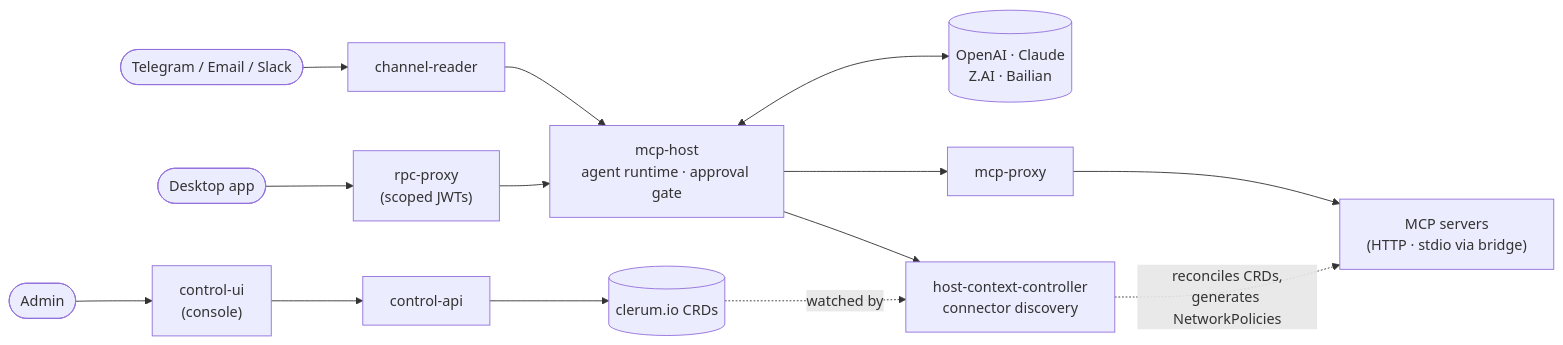
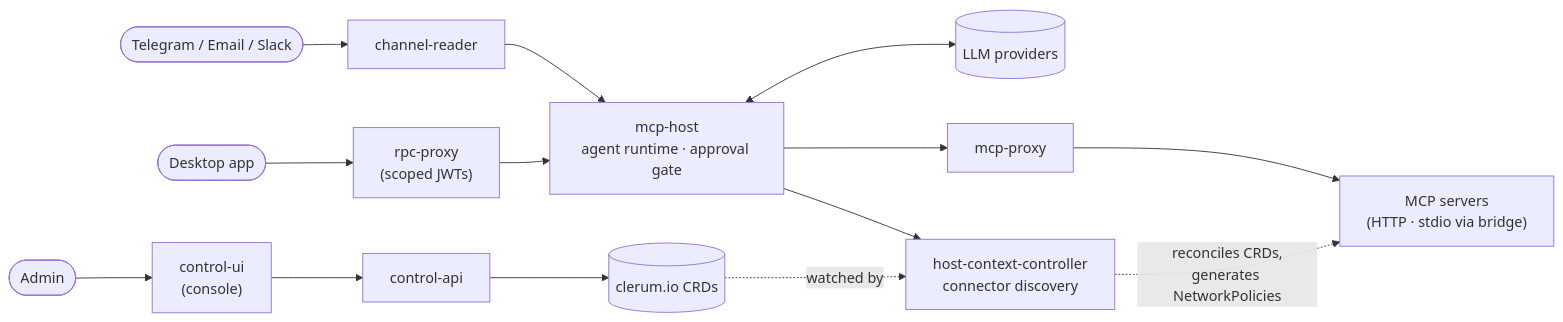
One commit to evenfire-ai/evenfire changed the second of 2 diagrams in README.md. Above: the diagram before and after it, drawn with Mermaid. The commit also changed other lines of this file, not shown here.

First line of the commit message:
docs: generalize LLM-provider messaging in README

````diff
--- a/README.md
+++ b/README.md
@@ -198,14 +198,14 @@
 ```mermaid
 flowchart LR
     TG([Telegram / Email / Slack]) --> CR[channel-reader]
     DA([Desktop app]) --> RP["rpc-proxy<br/>(scoped JWTs)"]
     ADM([Admin]) --> CU["control-ui<br/>(console)"] --> CAPI["control-api"]
     CAPI --> CRDS[("clerum.io CRDs")]
     CR --> MH["mcp-host<br/>agent runtime · approval gate"]
     RP --> MH
-    MH <--> LLM[("OpenAI · Claude<br/>Z.AI · Bailian")]
+    MH <--> LLM[("LLM providers")]
     MH --> HCC["host-context-controller<br/>connector discovery"]
     MH --> MP[mcp-proxy] --> MCP["MCP servers<br/>(HTTP · stdio via bridge)"]
     CRDS -.watched by.-> HCC
     HCC -. "reconciles CRDs,<br/>generates NetworkPolicies" .-> MCP
 ```
````
